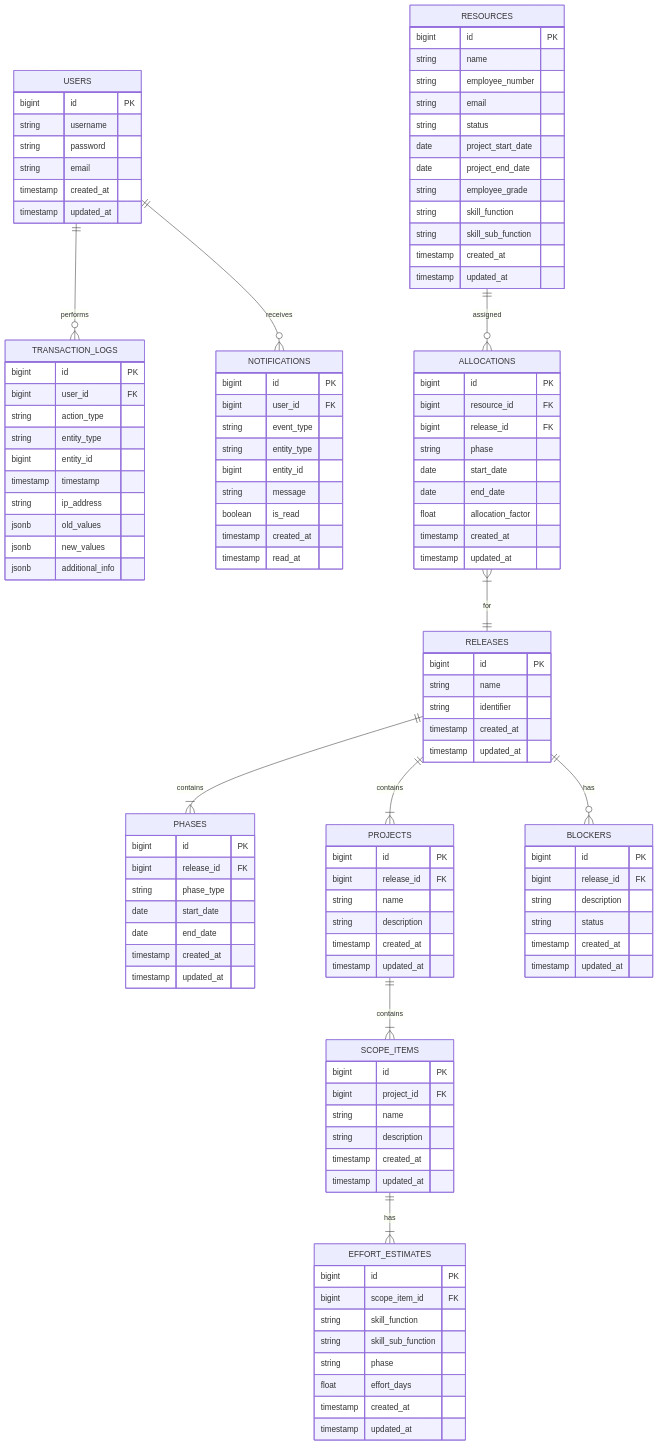
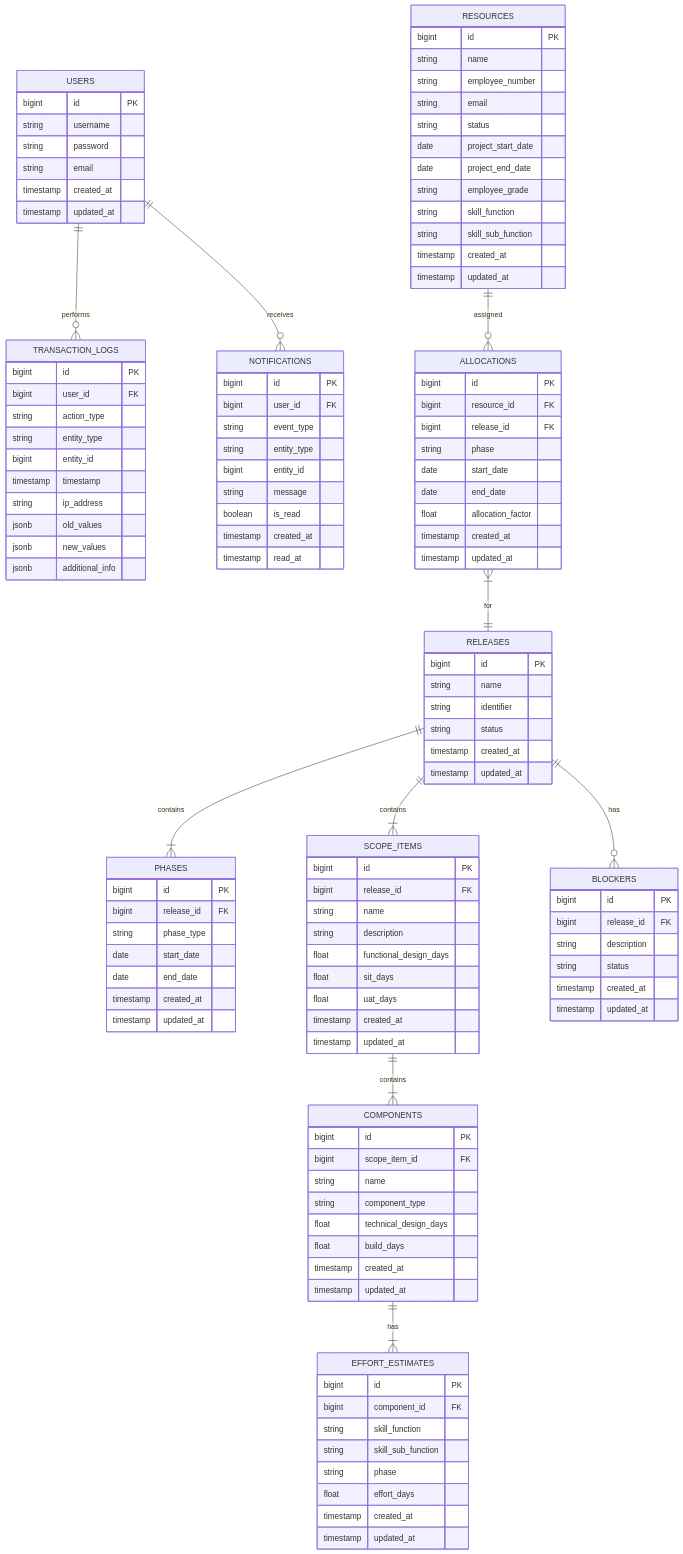
The diagram in relmgmt/docs/backend-technical-specification.md (mudaliarpradeep/relmgmt), drawn with Mermaid before and after one commit. The commit also changed other lines of this file and 91 other files, not shown here.

```diff
--- a/relmgmt/docs/backend-technical-specification.md
+++ b/relmgmt/docs/backend-technical-specification.md
@@ -58,9 +58,9 @@
     USERS ||--o{ NOTIFICATIONS : receives
     RESOURCES ||--o{ ALLOCATIONS : assigned
     RELEASES ||--|{ PHASES : contains
-    RELEASES ||--|{ PROJECTS : contains
-    PROJECTS ||--|{ SCOPE_ITEMS : contains
-    SCOPE_ITEMS ||--|{ EFFORT_ESTIMATES : has
+    RELEASES ||--|{ SCOPE_ITEMS : contains
+    SCOPE_ITEMS ||--|{ COMPONENTS : contains
+    COMPONENTS ||--|{ EFFORT_ESTIMATES : has
     RELEASES ||--o{ BLOCKERS : has
     ALLOCATIONS }|--|| RELEASES : for
     
@@ -92,6 +92,7 @@
         bigint id PK
         string name
         string identifier
+        string status
         timestamp created_at
         timestamp updated_at
     }
@@ -106,27 +107,32 @@
         timestamp updated_at
     }
     
-    PROJECTS {
+    SCOPE_ITEMS {
         bigint id PK
         bigint release_id FK
         string name
         string description
+        float functional_design_days
+        float sit_days
+        float uat_days
         timestamp created_at
         timestamp updated_at
     }
     
-    SCOPE_ITEMS {
+    COMPONENTS {
         bigint id PK
-        bigint project_id FK
+        bigint scope_item_id FK
         string name
-        string description
+        string component_type
+        float technical_design_days
+        float build_days
         timestamp created_at
         timestamp updated_at
     }
     
     EFFORT_ESTIMATES {
         bigint id PK
-        bigint scope_item_id FK
+        bigint component_id FK
         string skill_function
         string skill_sub_function
         string phase
```
